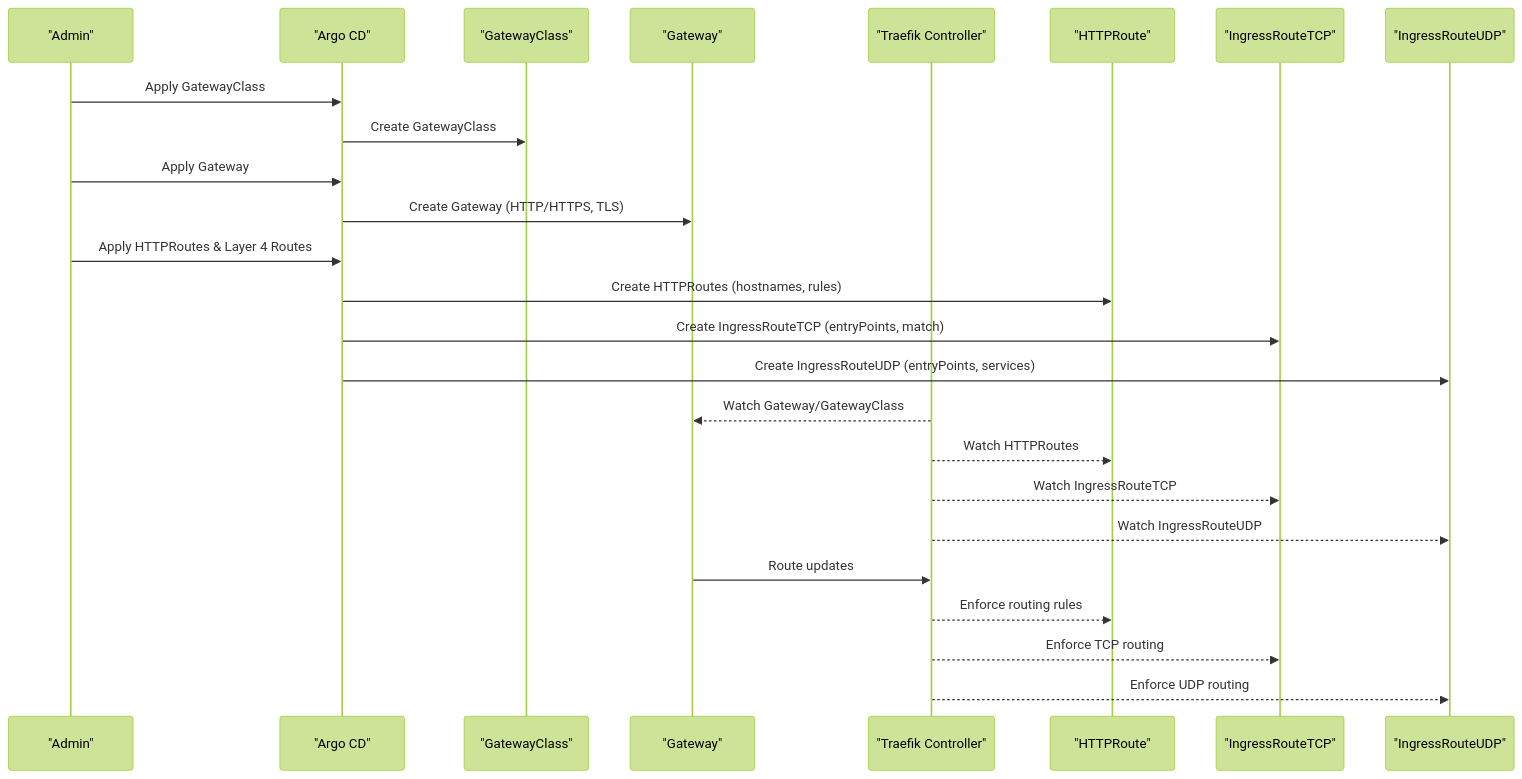
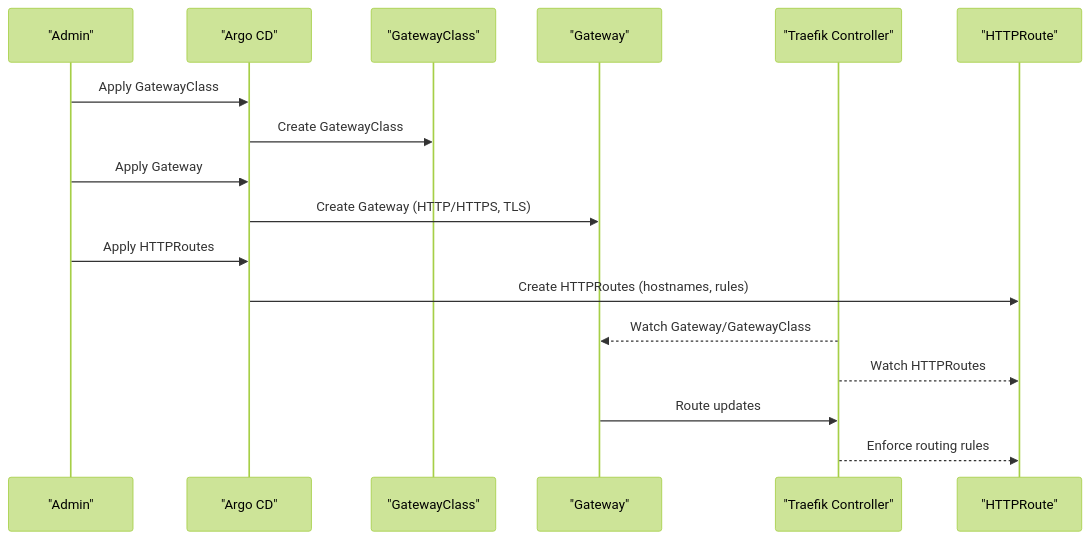
One commit to Hoangvu75/k8s_manifest changed the third of 8 diagrams in .qoder/repowiki/en/content/Advanced Topics/Advanced Networking Configurations.md. Above: the diagram before and after it, drawn with Mermaid (forest theme). The commit also changed other lines of this file and 31 other files, not shown here.

````diff
--- a/.qoder/repowiki/en/content/Advanced Topics/Advanced Networking Configurations.md
+++ b/.qoder/repowiki/en/content/Advanced Topics/Advanced Networking Configurations.md
@@ -213,27 +159,19 @@
 ```mermaid
 sequenceDiagram
 participant Admin as "Admin"
 participant ArgoCD as "Argo CD"
 participant GC as "GatewayClass"
 participant G as "Gateway"
 participant TR as "Traefik Controller"
 participant HR as "HTTPRoute"
-participant ITCPTCP as "IngressRouteTCP"
-participant IUDP as "IngressRouteUDP"
 Admin->>ArgoCD : Apply GatewayClass
 ArgoCD->>GC : Create GatewayClass
 Admin->>ArgoCD : Apply Gateway
 ArgoCD->>G : Create Gateway (HTTP/HTTPS, TLS)
-Admin->>ArgoCD : Apply HTTPRoutes & Layer 4 Routes
+Admin->>ArgoCD : Apply HTTPRoutes
 ArgoCD->>HR : Create HTTPRoutes (hostnames, rules)
-ArgoCD->>ITCPTCP : Create IngressRouteTCP (entryPoints, match)
-ArgoCD->>IUDP : Create IngressRouteUDP (entryPoints, services)
 TR-->>G : Watch Gateway/GatewayClass
 TR-->>HR : Watch HTTPRoutes
-TR-->>ITCPTCP : Watch IngressRouteTCP
-TR-->>IUDP : Watch IngressRouteUDP
 G->>TR : Route updates
 TR-->>HR : Enforce routing rules
-TR-->>ITCPTCP : Enforce TCP routing
-TR-->>IUDP : Enforce UDP routing
 ```
````
